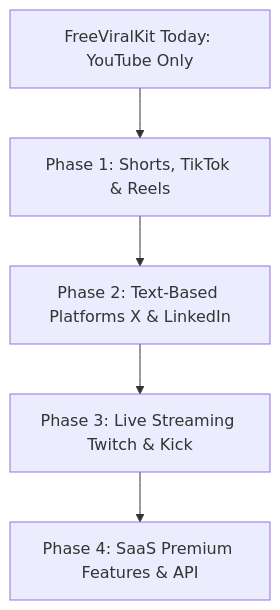
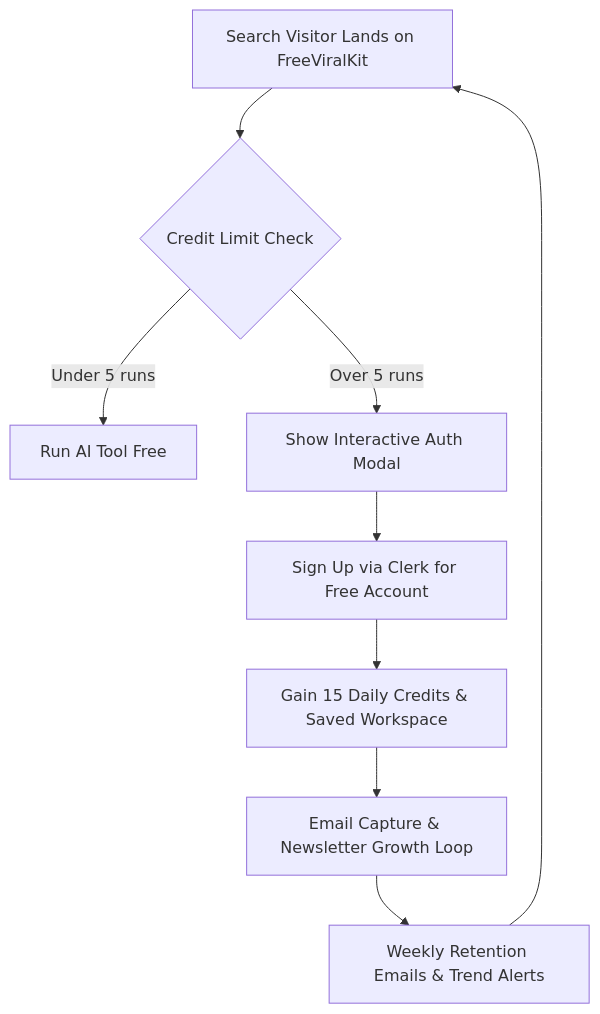
The first of 4 diagrams in FUTURE_ROADMAP.md (shivasap27sh-del/freeviralkit), drawn with Mermaid before and after one commit. The commit also changed other lines of this file and 29 other files, not shown here.

````diff
--- a/FUTURE_ROADMAP.md
+++ b/FUTURE_ROADMAP.md
@@ -11,7 +24,11 @@
 ```mermaid
 graph TD
-    A[FreeViralKit Today: YouTube Only] --> B[Phase 1: Shorts, TikTok & Reels]
-    B --> C[Phase 2: Text-Based Platforms X & LinkedIn]
-    C --> D[Phase 3: Live Streaming Twitch & Kick]
-    D --> E[Phase 4: SaaS Premium Features & API]
+    A[Search Visitor Lands on FreeViralKit] --> B{Credit Limit Check}
+    B -- Under 5 runs --> C[Run AI Tool Free]
+    B -- Over 5 runs --> D[Show Interactive Auth Modal]
+    D --> E[Sign Up via Clerk for Free Account]
+    E --> F[Gain 15 Daily Credits & Saved Workspace]
+    F --> G[Email Capture & Newsletter Growth Loop]
+    G --> H[Weekly Retention Emails & Trend Alerts]
+    H --> A
 ```
````
